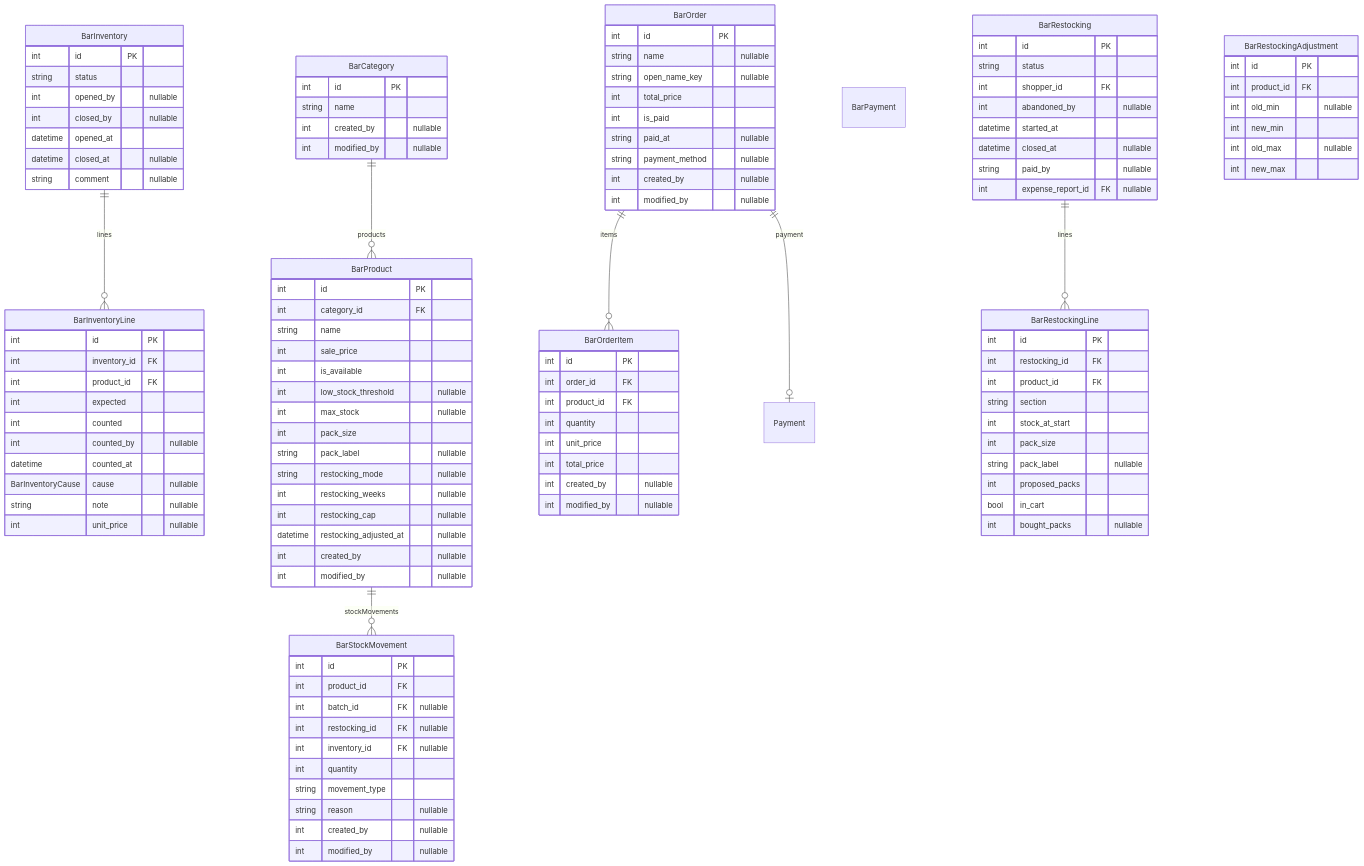
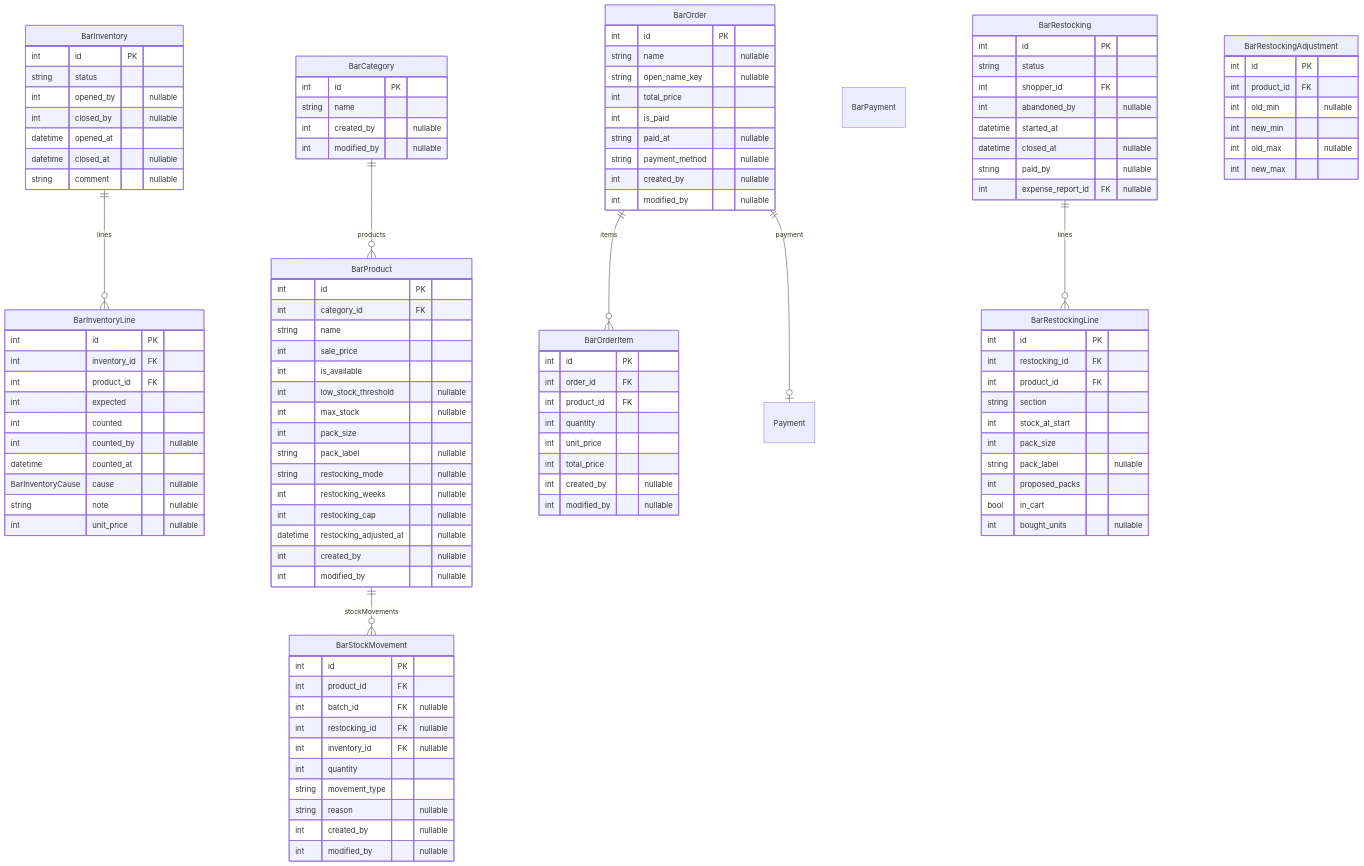
Before and after one commit to Paupoo/tabletennisclub-app: the diagram in docs/erd/bar.md, drawn with Mermaid. The commit also changed 16 other files, not shown here.

```diff
--- a/docs/erd/bar.md
+++ b/docs/erd/bar.md
@@ -97,7 +97,7 @@
         string pack_label "nullable"
         int proposed_packs
         bool in_cart
-        int bought_packs "nullable"
+        int bought_units "nullable"
     }
     BarStockMovement {
         int id PK
```
